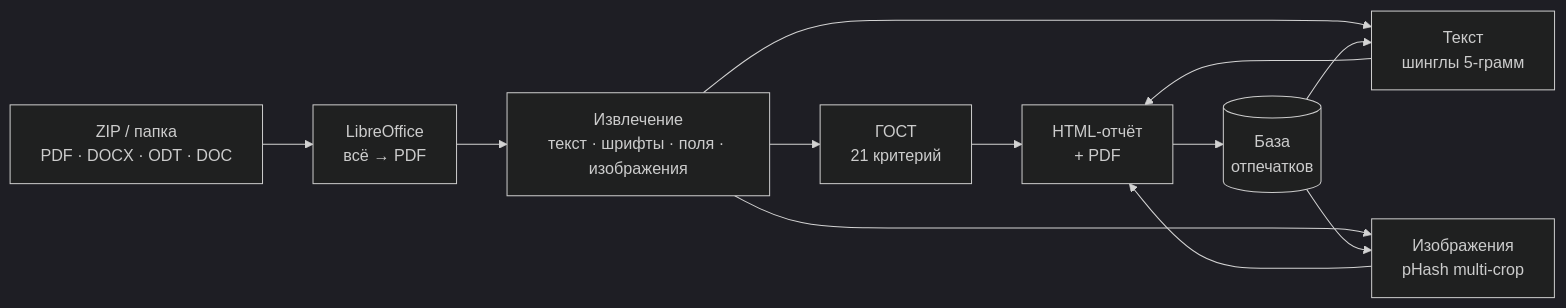
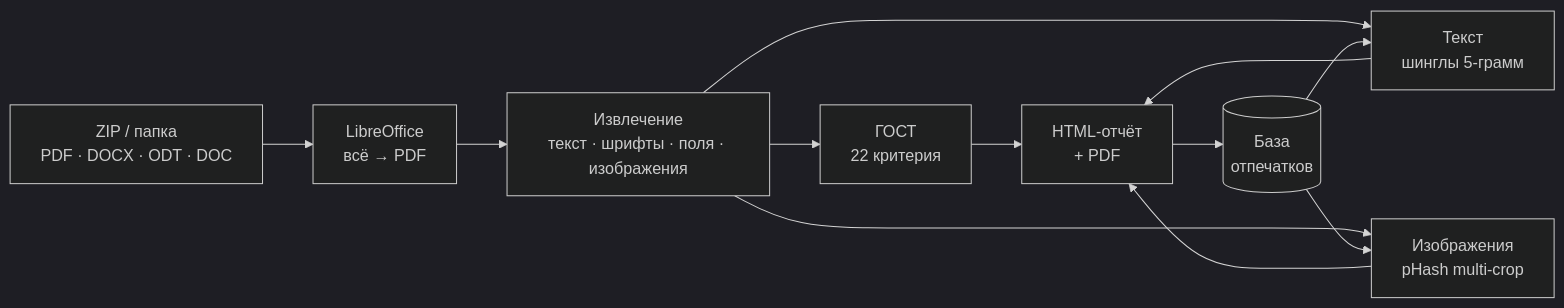
The first of 2 diagrams in README.md (SvobodaGaming/ALENA), drawn with Mermaid (dark theme) before and after one commit. The commit also changed other lines of this file and 5 other files, not shown here.

````diff
--- a/README.md
+++ b/README.md
@@ -67,14 +67,14 @@
 ```mermaid
 flowchart LR
     A[ZIP / папка<br/>PDF · DOCX · ODT · DOC] --> B[LibreOffice<br/>всё → PDF]
     B --> C[Извлечение<br/>текст · шрифты · поля · изображения]
-    C --> D[ГОСТ<br/>21 критерий]
+    C --> D[ГОСТ<br/>22 критерия]
     C --> E[Текст<br/>шинглы 5-грамм]
     C --> F[Изображения<br/>pHash multi-crop]
     G[(База<br/>отпечатков)] --> E
     G --> F
     D --> H[HTML-отчёт<br/>+ PDF]
     E --> H
     F --> H
     H --> G
 ```
````
